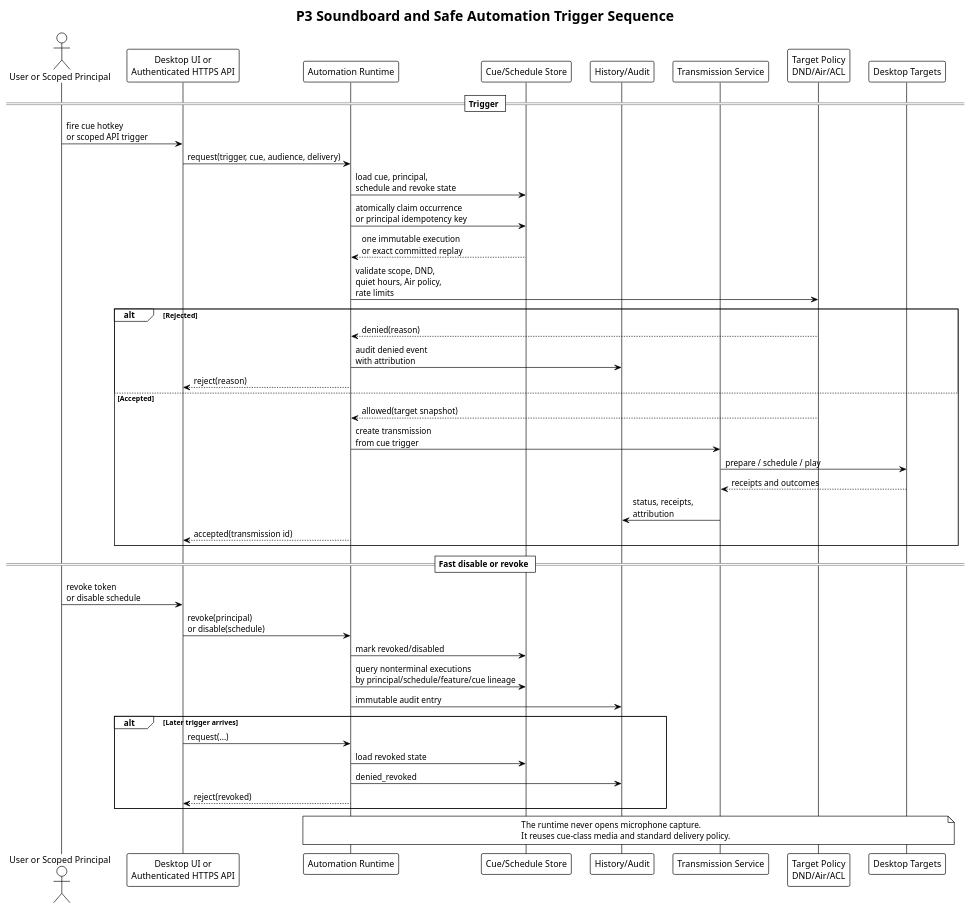
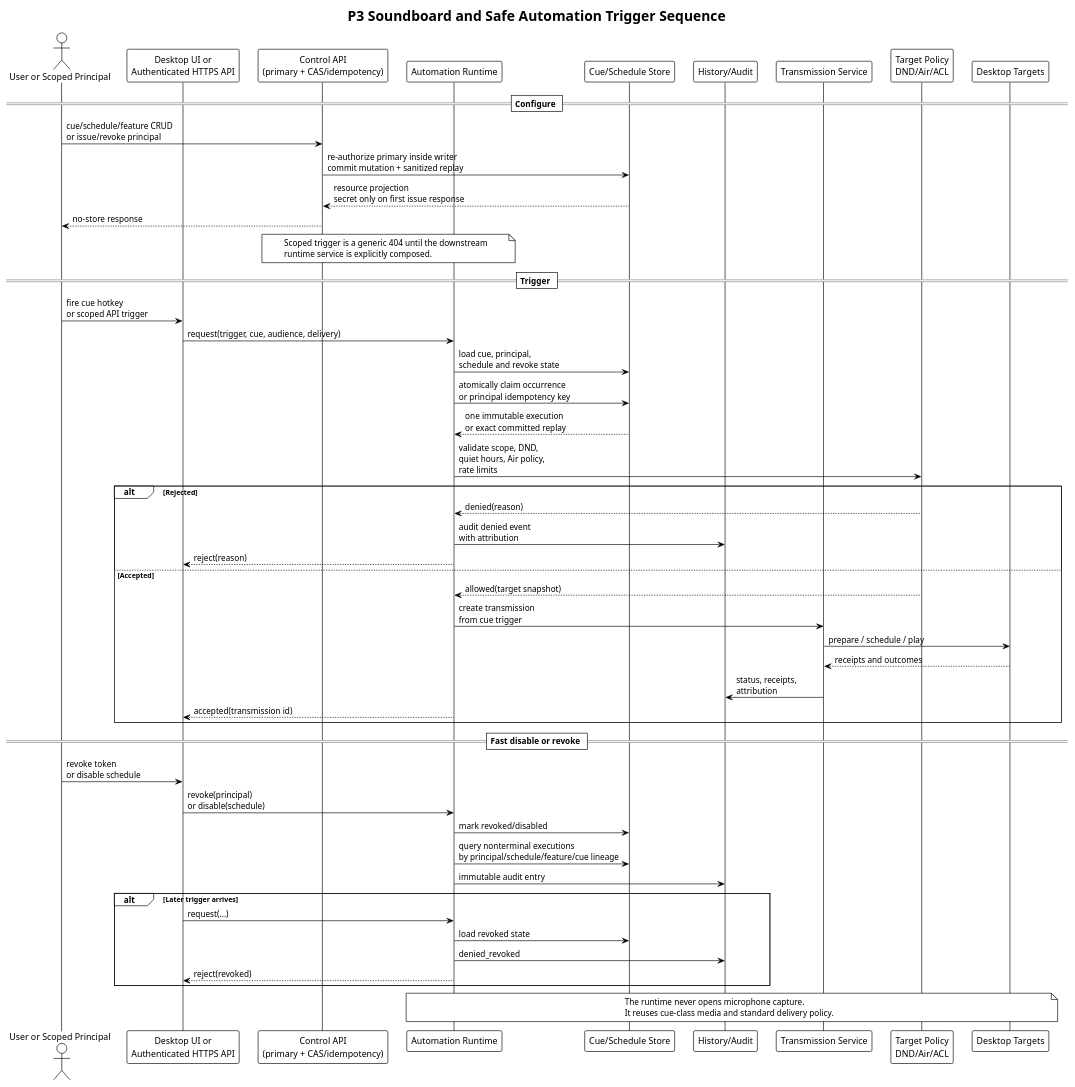
The diagram in docs/diagrams/p3-soundboard-automation-sequence.puml (relux-works/barycenter), drawn with PlantUML before and after one commit. The commit also changed 15 other files, not shown here.

```diff
--- a/docs/diagrams/p3-soundboard-automation-sequence.puml
+++ b/docs/diagrams/p3-soundboard-automation-sequence.puml
@@ -1,55 +1,67 @@
 @startuml
 !theme plain
 
 title P3 Soundboard and Safe Automation Trigger Sequence
 
 actor "User or Scoped Principal" as Actor
 participant "Desktop UI or\nAuthenticated HTTPS API" as Surface
+participant "Control API\n(primary + CAS/idempotency)" as Control
 participant "Automation Runtime" as Runtime
 participant "Cue/Schedule Store" as Store
 participant "History/Audit" as History
 participant "Transmission Service" as Tx
 participant "Target Policy\nDND/Air/ACL" as Policy
 participant "Desktop Targets" as Targets
+
+== Configure ==
+Actor -> Control: cue/schedule/feature CRUD\nor issue/revoke principal
+Control -> Store: re-authorize primary inside writer\ncommit mutation + sanitized replay
+Store --> Control: resource projection\nsecret only on first issue response
+Control --> Actor: no-store response
+
+note over Control,Runtime
+  Scoped trigger is a generic 404 until the downstream
+  runtime service is explicitly composed.
+end note
 
 == Trigger ==
 Actor -> Surface: fire cue hotkey\nor scoped API trigger
 Surface -> Runtime: request(trigger, cue, audience, delivery)
 Runtime -> Store: load cue, principal,\nschedule and revoke state
 Runtime -> Store: atomically claim occurrence\nor principal idempotency key
 Store --> Runtime: one immutable execution\nor exact committed replay
 Runtime -> Policy: validate scope, DND,\nquiet hours, Air policy,\nrate limits
 
 alt Rejected
   Policy --> Runtime: denied(reason)
   Runtime -> History: audit denied event\nwith attribution
   Runtime --> Surface: reject(reason)
 else Accepted
   Policy --> Runtime: allowed(target snapshot)
   Runtime -> Tx: create transmission\nfrom cue trigger
   Tx -> Targets: prepare / schedule / play
   Targets --> Tx: receipts and outcomes
   Tx -> History: status, receipts,\nattribution
   Runtime --> Surface: accepted(transmission id)
 end
 
 == Fast disable or revoke ==
 Actor -> Surface: revoke token\nor disable schedule
 Surface -> Runtime: revoke(principal)\nor disable(schedule)
 Runtime -> Store: mark revoked/disabled
 Runtime -> Store: query nonterminal executions\nby principal/schedule/feature/cue lineage
 Runtime -> History: immutable audit entry
 
 alt Later trigger arrives
   Surface -> Runtime: request(...)
   Runtime -> Store: load revoked state
   Runtime -> History: denied_revoked
   Runtime --> Surface: reject(revoked)
 end
 
 note over Runtime,Targets
   The runtime never opens microphone capture.
   It reuses cue-class media and standard delivery policy.
 end note
 
 @enduml
```
